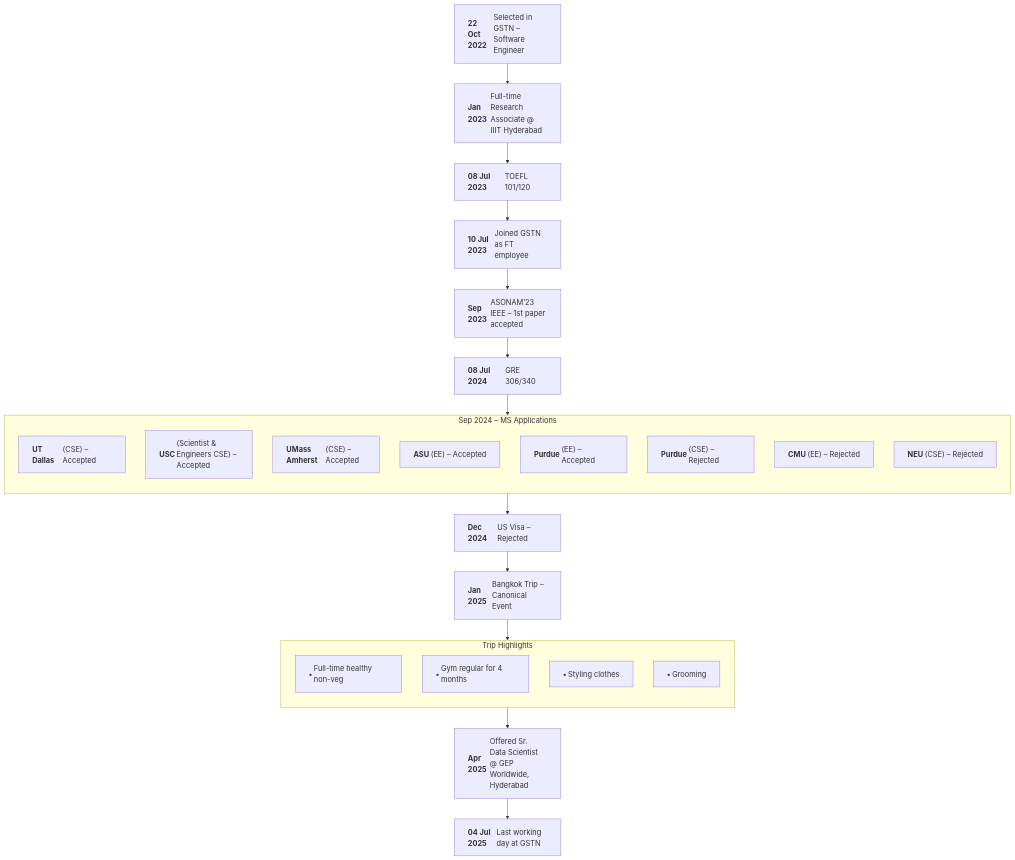
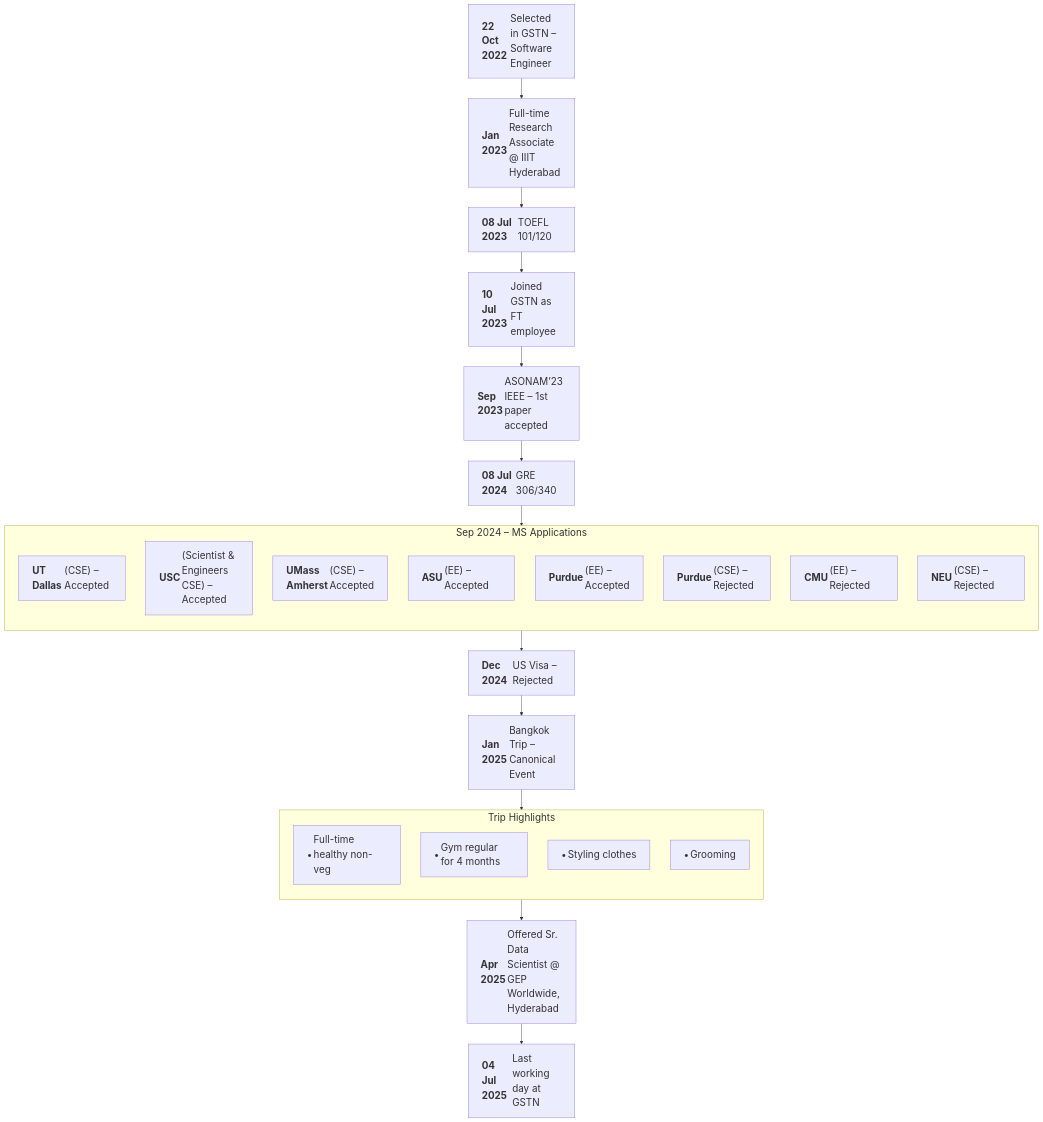
One commit to AryamannTomar/AryamannTomar changed the diagram in README.md. Above: the diagram before and after it, drawn with Mermaid.

````diff
--- a/README.md
+++ b/README.md
@@ -14,45 +14,45 @@
 ```mermaid
 %%{init: {
   "themeVariables": {
-    "fontSize": "18px",
+    "fontSize": "24px",
     "nodePadding": "15",
-    "edgeLabelFontSize": "16px"
+    "edgeLabelFontSize": "27px"
   }
 }}%%
 flowchart TD
   A1["<table><tr><td align='left'><b>22 Oct 2022</b></td><td align='left'>Selected in GSTN – Software Engineer</td></tr></table>"]
   A2["<table><tr><td align='left'><b>Jan 2023</b></td><td align='left'>Full-time Research Associate @ IIIT Hyderabad</td></tr></table>"]
   A3["<table><tr><td align='left'><b>08 Jul 2023</b></td><td align='left'>TOEFL 101/120</td></tr></table>"]
   A4["<table><tr><td align='left'><b>10 Jul 2023</b></td><td align='left'>Joined GSTN as FT employee</td></tr></table>"]
   A5["<table><tr><td align='left'><b>Sep 2023</b></td><td align='left'>ASONAM’23 IEEE – 1st paper accepted</td></tr></table>"]
   
   A6["<table><tr><td align='left'><b>08 Jul 2024</b></td><td align='left'>GRE 306/340</td></tr></table>"]
   subgraph MS_Apps [Sep 2024 – MS Applications]
     direction TB
     A7["<table><tr><td align='left'><b>UT Dallas</b></td><td align='left'>(CSE) – Accepted</td></tr></table>"]
     A8["<table><tr><td align='left'><b>USC</b></td><td align='left'>(Scientist & Engineers CSE) – Accepted</td></tr></table>"]
     A9["<table><tr><td align='left'><b>UMass Amherst</b></td><td align='left'>(CSE) – Accepted</td></tr></table>"]
     A10["<table><tr><td align='left'><b>ASU</b></td><td align='left'>(EE) – Accepted</td></tr></table>"]
     A11["<table><tr><td align='left'><b>Purdue</b></td><td align='left'>(EE) – Accepted</td></tr></table>"]
     A12["<table><tr><td align='left'><b>Purdue</b></td><td align='left'>(CSE) – Rejected</td></tr></table>"]
     A13["<table><tr><td align='left'><b>CMU</b></td><td align='left'>(EE) – Rejected</td></tr></table>"]
     A14["<table><tr><td align='left'><b>NEU</b></td><td align='left'>(CSE) – Rejected</td></tr></table>"]
   end
 
   A15["<table><tr><td align='left'><b>Dec 2024</b></td><td align='left'>US Visa – Rejected</td></tr></table>"]
   
   A16["<table><tr><td align='left'><b>Jan 2025</b></td><td align='left'>Bangkok Trip – Canonical Event</td></tr></table>"]
   subgraph Bangkok_Details [Trip Highlights]
     direction TB
     B1["<table><tr><td align='left'><b>•</b></td><td align='left'>Full-time healthy non-veg</td></tr></table>"]
     B2["<table><tr><td align='left'><b>•</b></td><td align='left'>Gym regular for 4 months</td></tr></table>"]
     B3["<table><tr><td align='left'><b>•</b></td><td align='left'>Styling clothes</td></tr></table>"]
     B4["<table><tr><td align='left'><b>•</b></td><td align='left'>Grooming</td></tr></table>"]
   end
   
   A17["<table><tr><td align='left'><b>Apr 2025</b></td><td align='left'>Offered Sr. Data Scientist @ GEP Worldwide, Hyderabad</td></tr></table>"]
   A18["<table><tr><td align='left'><b>04 Jul 2025</b></td><td align='left'>Last working day at GSTN</td></tr></table>"]
 
   %% chain them all
   A1 --> A2 --> A3 --> A4 --> A5 --> A6 --> MS_Apps --> A15 --> A16 --> Bangkok_Details --> A17 --> A18
 ```
````
